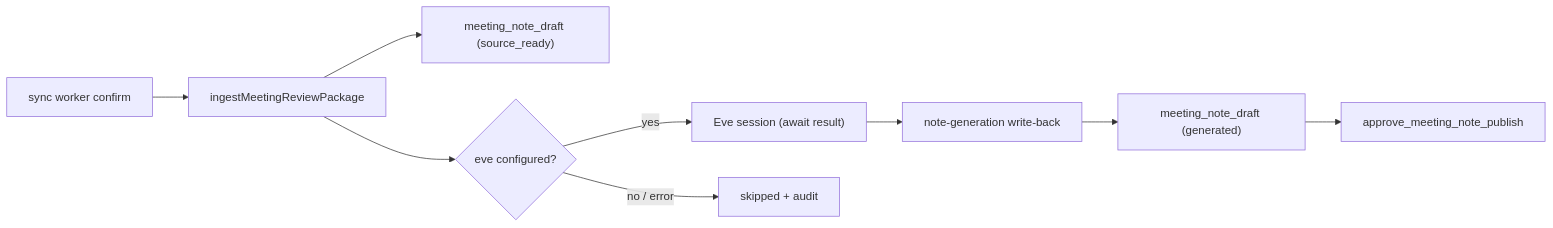
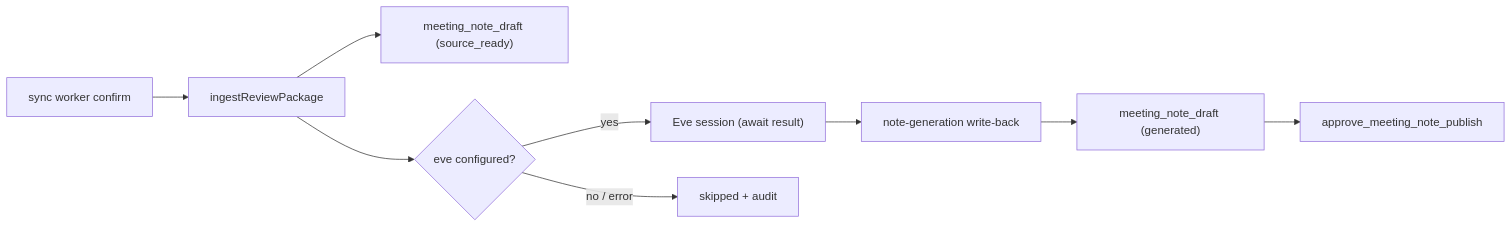
One commit to Unson-LLC/brainbase changed the second of 3 diagrams in docs/specs/story-meeting-note-generation-dag-wiring-spec.md. Above: the diagram before and after it, drawn with Mermaid. The commit also changed other lines of this file and 19 other files, not shown here.

First line of the commit message:
refactor: Review Package ingest adapterを削除

````diff
--- a/docs/specs/story-meeting-note-generation-dag-wiring-spec.md
+++ b/docs/specs/story-meeting-note-generation-dag-wiring-spec.md
@@ -127,11 +127,11 @@
 ```mermaid
 flowchart LR
-  sync["sync worker confirm"] --> ingest["ingestMeetingReviewPackage"]
+  sync["sync worker confirm"] --> ingest["ingestReviewPackage"]
   ingest --> output["meeting_note_draft (source_ready)"]
   ingest --> dispatch{"eve configured?"}
   dispatch -->|yes| eve["Eve session (await result)"]
   dispatch -->|no / error| skipped["skipped + audit"]
   eve --> writeback["note-generation write-back"]
   writeback --> generated["meeting_note_draft (generated)"]
   generated --> approve["approve_meeting_note_publish"]
 ```
````
